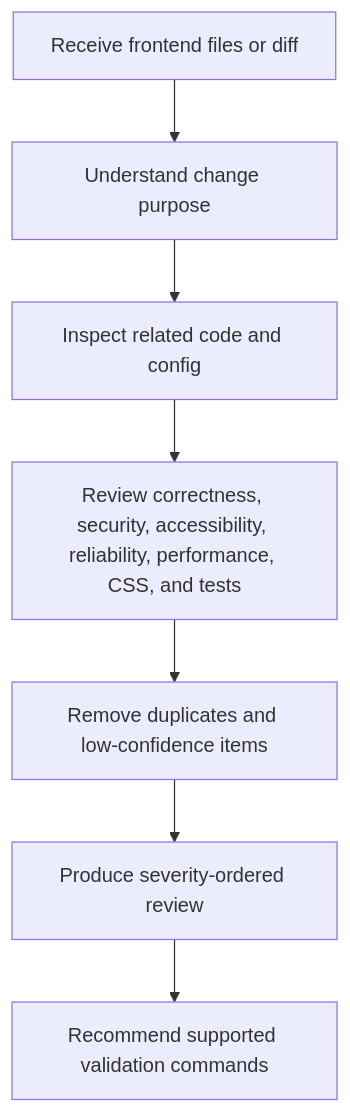
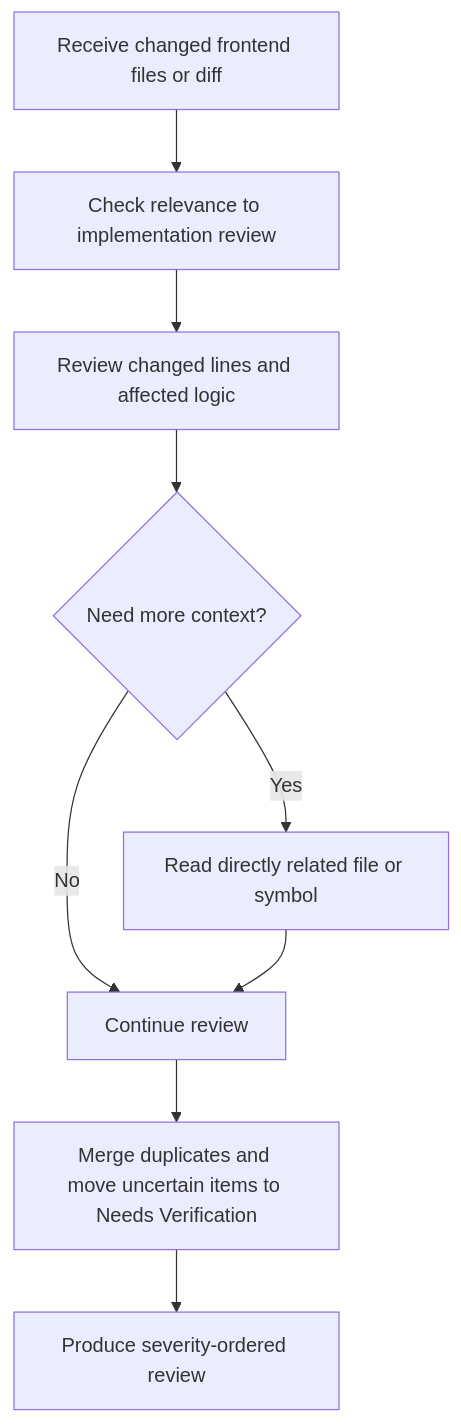
One commit to buddolla1/agents-skills-instructions changed the diagram in github/agents/frontend-code-review-agent/docs/frontend-code-review.overview.md. Above: the diagram before and after it, drawn with Mermaid. The commit also changed other lines of this file and 3 other files, not shown here.

Commit message:
Update Frontend Code Review agent documentation for clarity and focus on React, JavaScript, and TypeScript implementation risks

````diff
--- a/github/agents/frontend-code-review-agent/docs/frontend-code-review.overview.md
+++ b/github/agents/frontend-code-review-agent/docs/frontend-code-review.overview.md
@@ -23,9 +22,11 @@
 ```mermaid
 flowchart TD
-    A[Receive frontend files or diff] --> B[Understand change purpose]
-    B --> C[Inspect related code and config]
-    C --> D[Review correctness, security, accessibility, reliability, performance, CSS, and tests]
-    D --> E[Remove duplicates and low-confidence items]
-    E --> F[Produce severity-ordered review]
-    F --> G[Recommend supported validation commands]
+    A[Receive changed frontend files or diff] --> B[Check relevance to implementation review]
+    B --> C[Review changed lines and affected logic]
+    C --> D{Need more context?}
+    D -- No --> E[Continue review]
+    D -- Yes --> F[Read directly related file or symbol]
+    F --> E
+    E --> G[Merge duplicates and move uncertain items to Needs Verification]
+    G --> H[Produce severity-ordered review]
 ```
````
